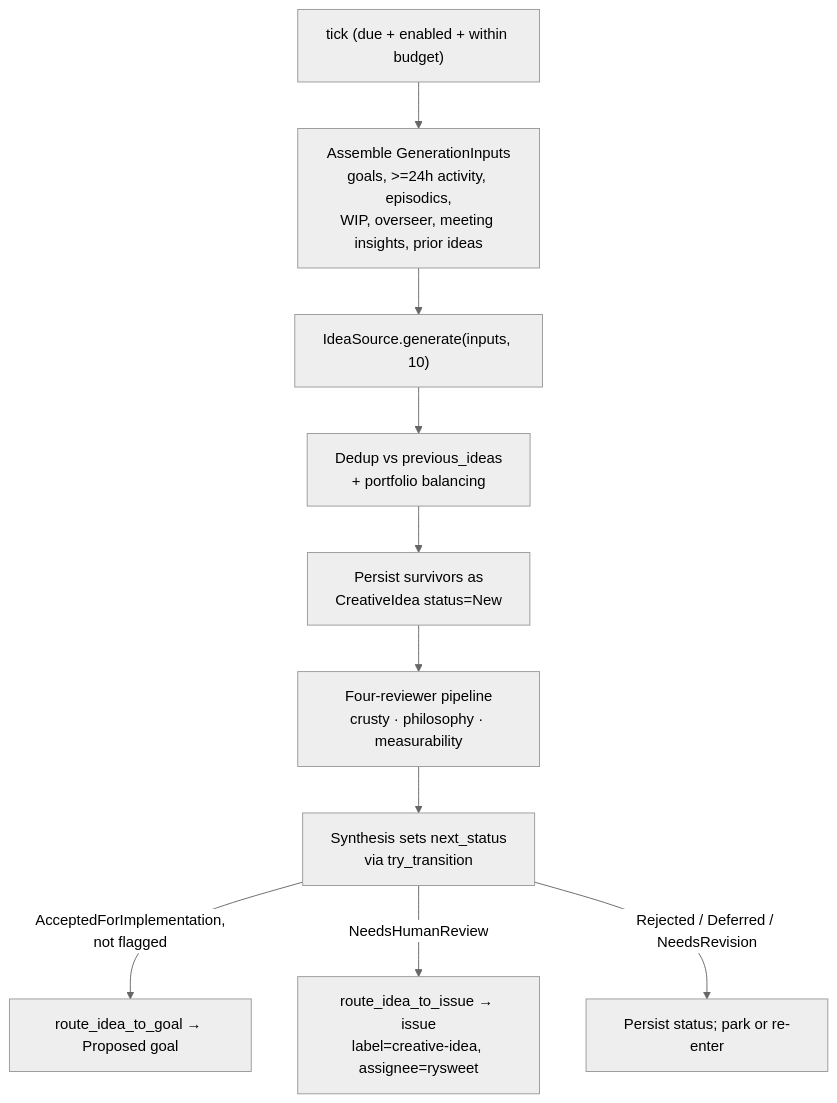
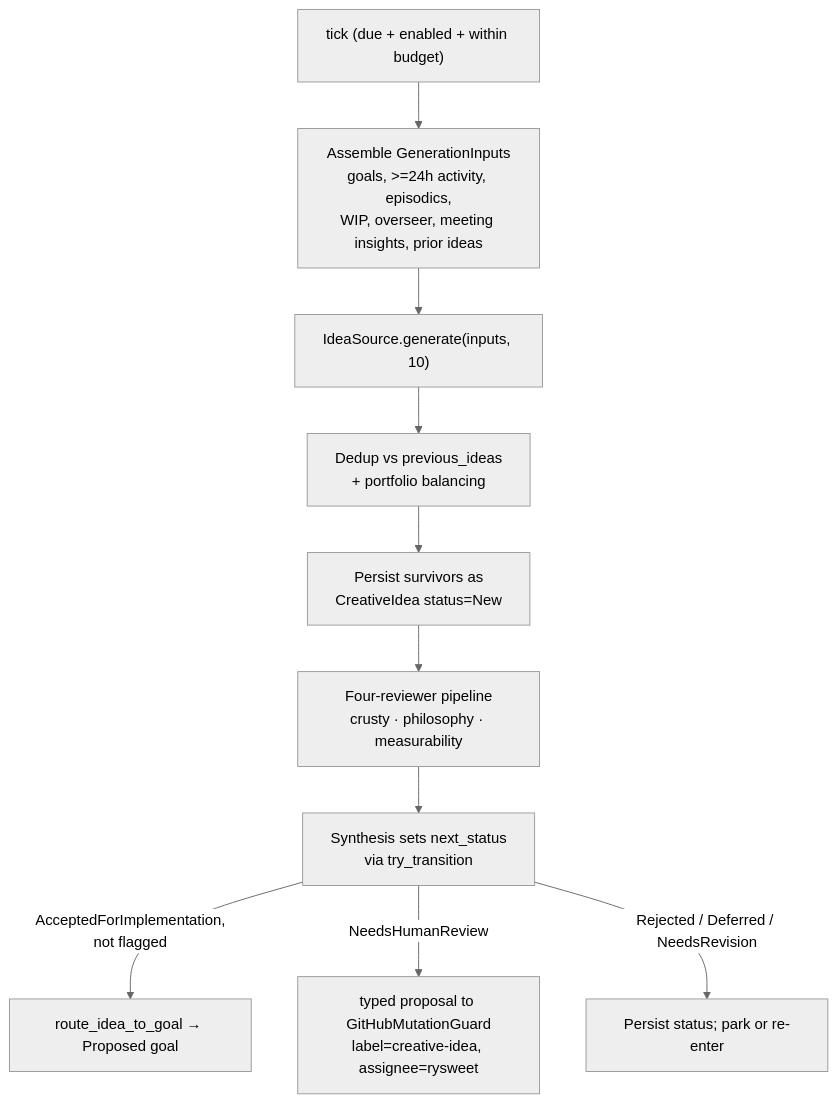
One commit to rysweet/Simard changed the diagram in docs/howto/configure-creative-ideas-thread.md. Above: the diagram before and after it, drawn with Mermaid (neutral theme). The commit also changed other lines of this file and 86 other files, not shown here.

````diff
--- a/docs/howto/configure-creative-ideas-thread.md
+++ b/docs/howto/configure-creative-ideas-thread.md
@@ -199,12 +199,12 @@
 ```mermaid
 flowchart TD
     A["tick (due + enabled + within budget)"] --> B[Assemble GenerationInputs<br/>goals, >=24h activity, episodics,<br/>WIP, overseer, meeting insights, prior ideas]
     B --> C["IdeaSource.generate(inputs, 10)"]
     C --> D[Dedup vs previous_ideas<br/>+ portfolio balancing]
     D --> E[Persist survivors as<br/>CreativeIdea status=New]
     E --> F[Four-reviewer pipeline<br/>crusty · philosophy · measurability]
     F --> G[Synthesis sets next_status<br/>via try_transition]
     G -->|AcceptedForImplementation,<br/>not flagged| H[route_idea_to_goal → Proposed goal]
-    G -->|NeedsHumanReview| I[route_idea_to_issue → issue<br/>label=creative-idea, assignee=rysweet]
+    G -->|NeedsHumanReview| I[typed proposal to GitHubMutationGuard<br/>label=creative-idea, assignee=rysweet]
     G -->|Rejected / Deferred / NeedsRevision| J[Persist status; park or re-enter]
 ```
````
